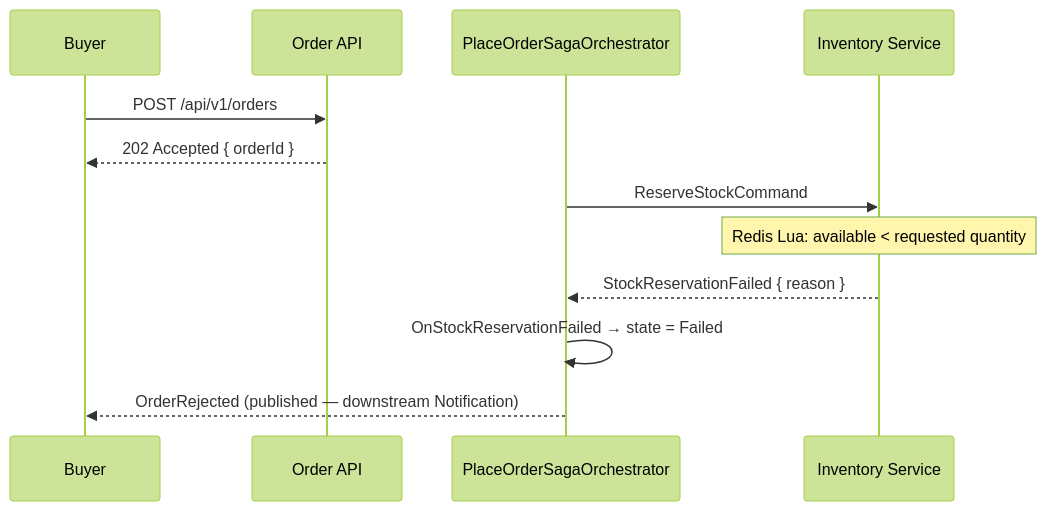
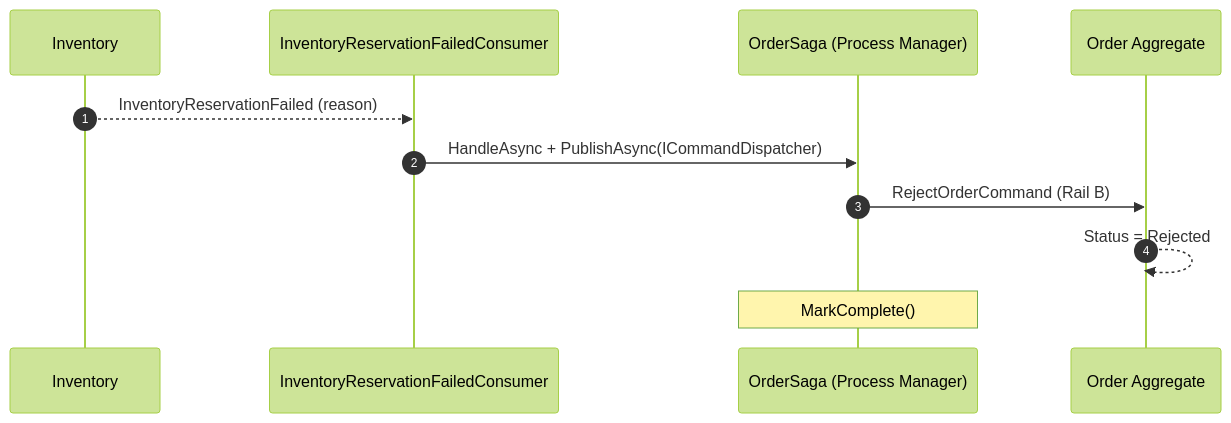
One commit to mnnam1302/EShop changed the tenth of 12 diagrams in Order/src/EShop.Order.API/README.md. Above: the diagram before and after it, drawn with Mermaid (forest theme). The commit also changed other lines of this file and 145 other files, not shown here.

Commit message:
[TEHCNICAL][ESHOP-2006] Improve stock deduction for Order Saga Process Manager (#70)

````diff
--- a/Order/src/EShop.Order.API/README.md
+++ b/Order/src/EShop.Order.API/README.md
@@ -313,18 +319,14 @@
 ```mermaid
 sequenceDiagram
-    participant Buyer
-    participant OrderAPI as Order API
-    participant PM as PlaceOrderSagaOrchestrator
-    participant InvSvc as Inventory Service
+    autonumber
+    participant INV  as Inventory
+    participant IRFC as InventoryReservationFailedConsumer
+    participant PM   as OrderSaga (Process Manager)
+    participant OA   as Order Aggregate
 
-    Buyer->>OrderAPI: POST /api/v1/orders
-    OrderAPI-->>Buyer: 202 Accepted { orderId }
-
-    PM->>InvSvc: ReserveStockCommand
-
-    Note over InvSvc: Redis Lua: available < requested quantity
-    InvSvc-->>PM: StockReservationFailed { reason }
-
-    PM->>PM: OnStockReservationFailed → state = Failed
-    PM-->>Buyer: OrderRejected (published — downstream Notification)
+    INV-->>IRFC: InventoryReservationFailed (reason)
+    IRFC->>PM: HandleAsync + PublishAsync(ICommandDispatcher)
+    PM->>OA: RejectOrderCommand (Rail B)
+    OA-->>OA: Status = Rejected
+    Note over PM: MarkComplete()
 ```
````
